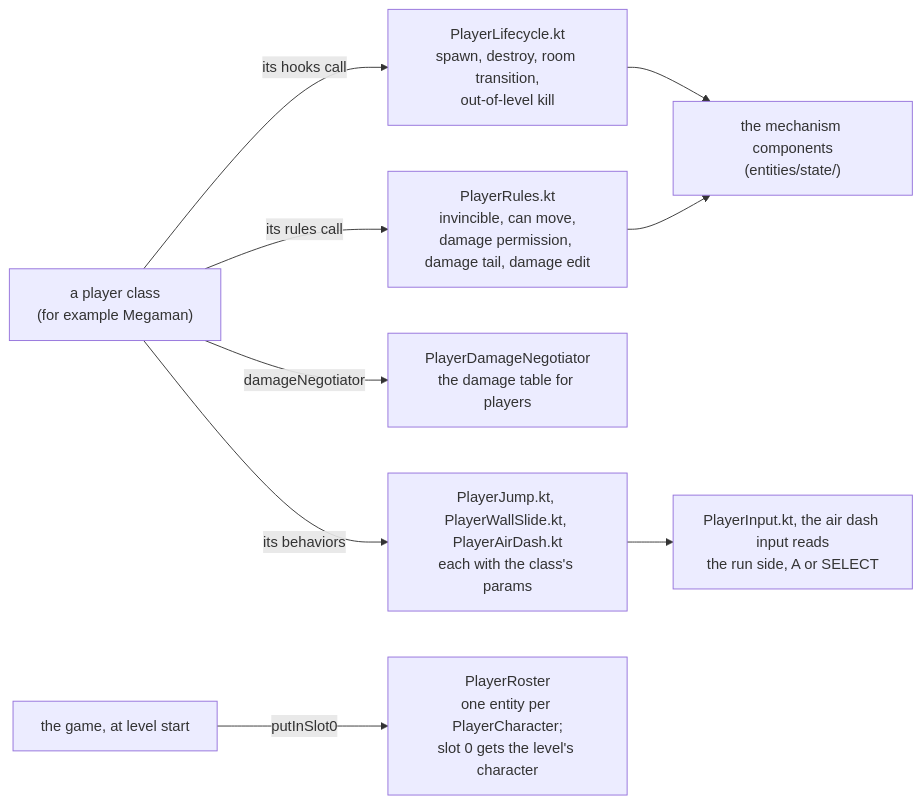
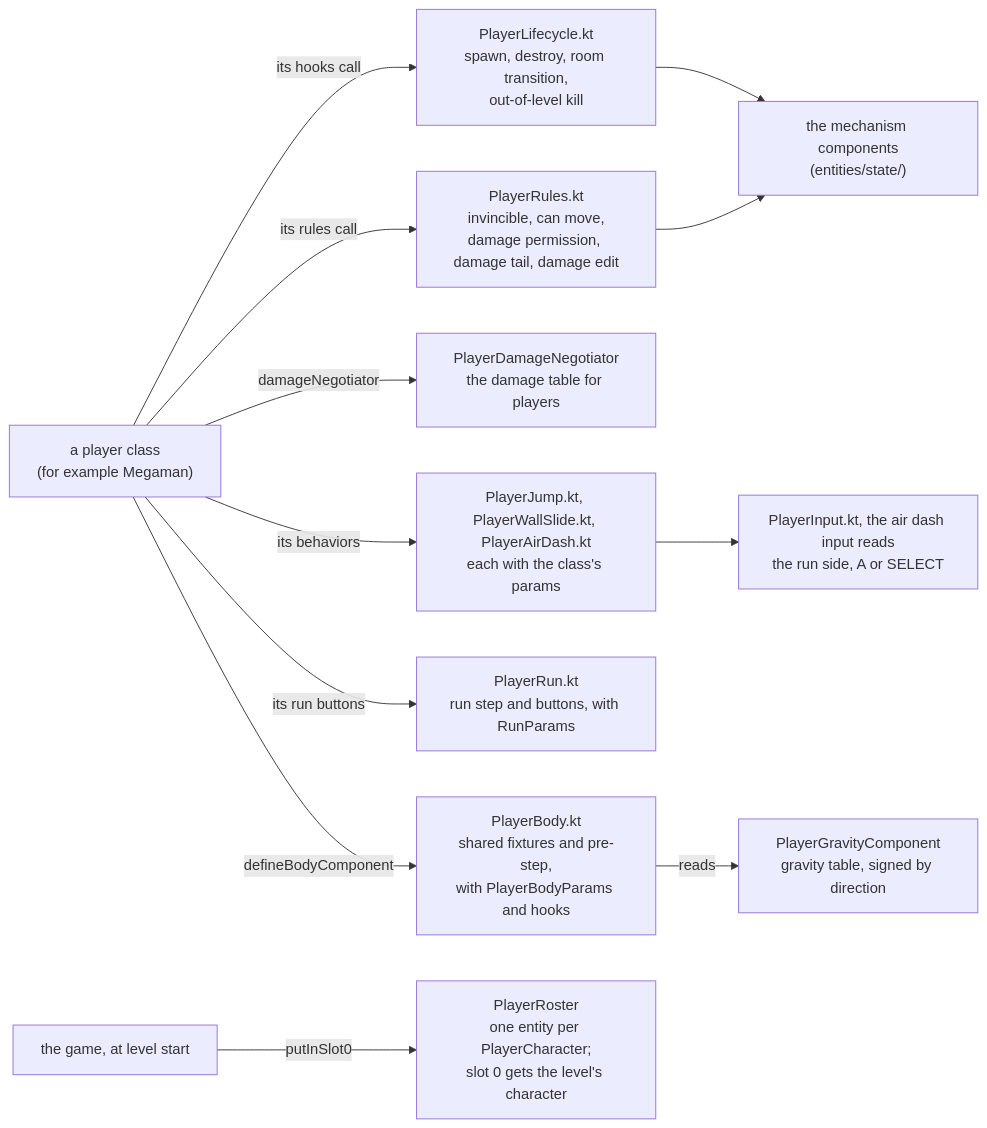
Before and after one commit to JohnLavender474/Megaman-Maverick: the first of 2 diagrams in core/src/main/kotlin/com/megaman/maverick/game/players/README.md, drawn with Mermaid. The commit also changed other lines of this file and 18 other files, not shown here.

First line of the commit message:
060a: Megaman's run, body and gravity move into shared players/ functions; Megaman plays the same

````diff
--- a/core/src/main/kotlin/com/megaman/maverick/game/players/README.md
+++ b/core/src/main/kotlin/com/megaman/maverick/game/players/README.md
@@ -23,11 +23,14 @@
 ```mermaid
 flowchart LR
     Class["a player class<br/>(for example Megaman)"] -- "its hooks call" --> Lifecycle["PlayerLifecycle.kt<br/>spawn, destroy, room transition,<br/>out-of-level kill"]
     Class -- "its rules call" --> Rules["PlayerRules.kt<br/>invincible, can move,<br/>damage permission, damage tail, damage edit"]
     Class -- "damageNegotiator" --> Negotiator["PlayerDamageNegotiator<br/>the damage table for players"]
     Class -- "its behaviors" --> Moves["PlayerJump.kt, PlayerWallSlide.kt, PlayerAirDash.kt<br/>each with the class's params"]
+    Class -- "its run buttons" --> Run["PlayerRun.kt<br/>run step and buttons, with RunParams"]
+    Class -- "defineBodyComponent" --> Body["PlayerBody.kt<br/>shared fixtures and pre-step,<br/>with PlayerBodyParams and hooks"]
+    Body -- "reads" --> Gravity["PlayerGravityComponent<br/>gravity table, signed by direction"]
     Moves --> Input["PlayerInput.kt, the air dash input reads<br/>the run side, A or SELECT"]
     Game["the game, at level start"] -- "putInSlot0" --> Roster["PlayerRoster<br/>one entity per PlayerCharacter;<br/>slot 0 gets the level's character"]
     Lifecycle --> State["the mechanism components<br/>(entities/state/)"]
     Rules --> State
 ```
````
